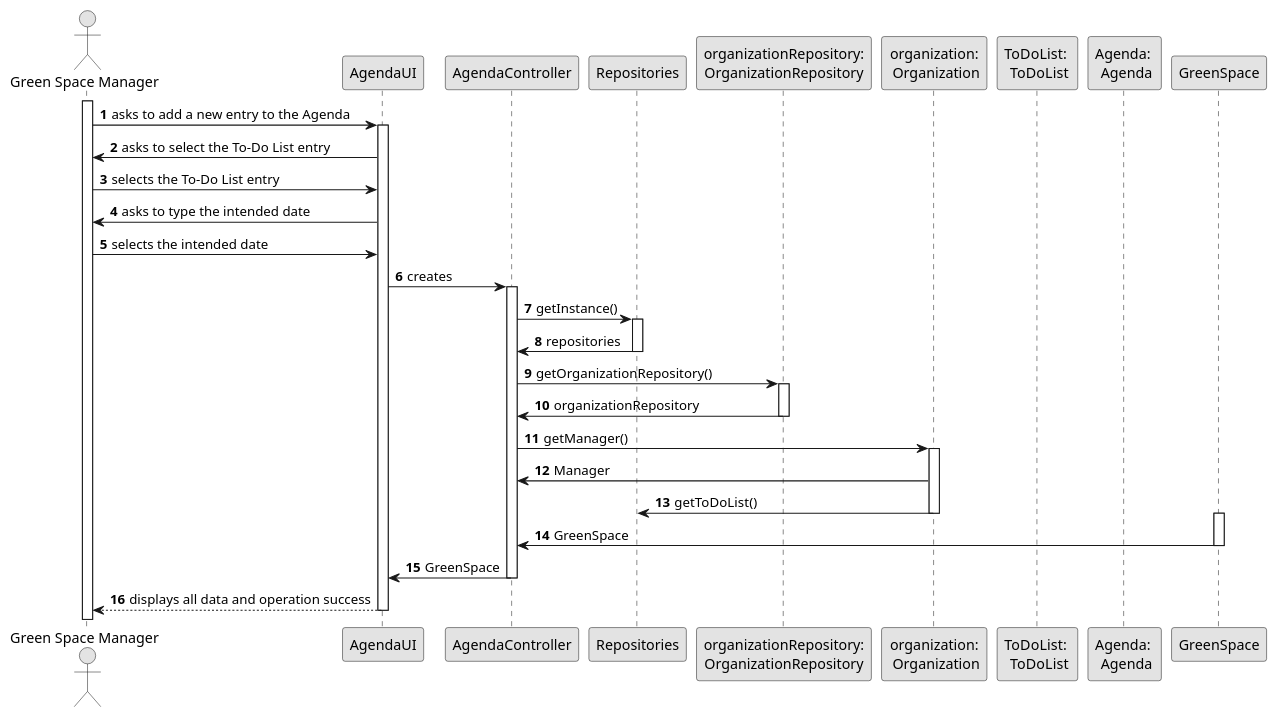
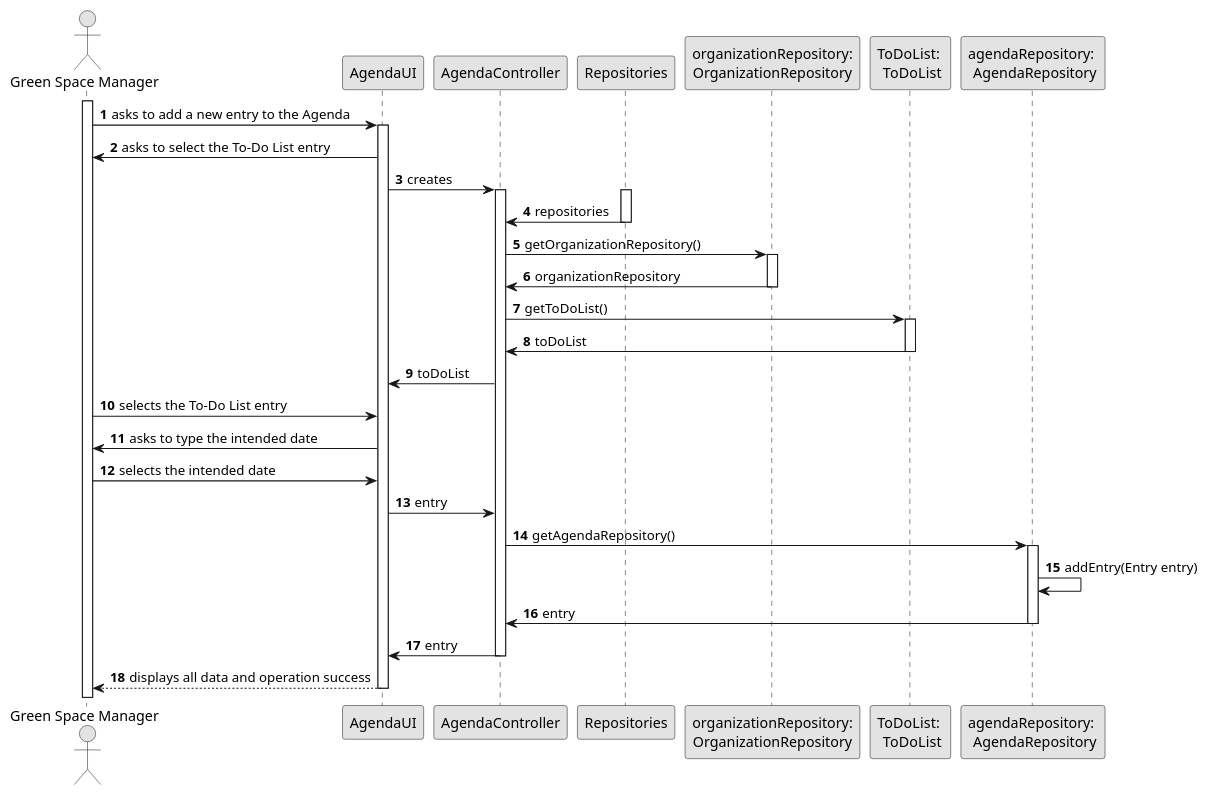
One commit to Departamento-de-Engenharia-Informatica/lei-24-s2-1df-1de-g063 changed the diagram in docs/SprintC/us022/03.design/puml/us022-sequence-diagram-full.puml. Above: the diagram before and after it, drawn with PlantUML. The commit also changed 7 other files, not shown here.

```diff
--- a/docs/SprintC/us022/03.design/puml/us022-sequence-diagram-full.puml
+++ b/docs/SprintC/us022/03.design/puml/us022-sequence-diagram-full.puml
@@ -1,72 +1,71 @@
 @startuml
 skinparam monochrome true
 skinparam packageStyle rectangle
 skinparam shadowing false
 
 autonumber
 
 'hide footbox
 actor "Green Space Manager" as GSM
 participant "AgendaUI" as UI
 participant "AgendaController" as CTRL
 participant "Repositories" as Rep
 participant "organizationRepository:\nOrganizationRepository" as organizationRepository
-participant "organization:\n Organization" as Organization
 participant "ToDoList: \n ToDoList" as TDL
-participant "Agenda: \n Agenda" as Agenda
+participant "agendaRepository: \n AgendaRepository" as Agenda
 
 activate GSM
 
      GSM -> UI : asks to add a new entry to the Agenda
 
      activate UI
 
             UI -> GSM : asks to select the To-Do List entry
-            GSM -> UI : selects the To-Do List entry
-            UI -> GSM : asks to type the intended date
-            GSM -> UI : selects the intended date
             UI -> CTRL : creates
 
      activate CTRL
-
-            CTRL -> Rep : getInstance()
-
      activate Rep
 
-            Rep -> CTRL : repositories
+                      Rep -> CTRL : repositories
 
-     deactivate Rep
+               deactivate Rep
 
-            CTRL -> organizationRepository : getOrganizationRepository()
+                      CTRL -> organizationRepository : getOrganizationRepository()
 
-     activate organizationRepository
+               activate organizationRepository
 
-            organizationRepository -> CTRL : organizationRepository
+                      organizationRepository -> CTRL : organizationRepository
 
-     deactivate organizationRepository
+               deactivate organizationRepository
 
-            CTRL -> Organization : getManager()
+                      CTRL -> TDL : getToDoList()
 
-     activate Organization
+               activate TDL
 
-            Organization -> CTRL : Manager
+                      TDL -> CTRL : toDoList
 
+               deactivate TDL
 
+                      CTRL -> UI : toDoList
+                      GSM -> UI : selects the To-Do List entry
+                      UI -> GSM : asks to type the intended date
+                      GSM -> UI : selects the intended date
+                      UI -> CTRL : entry
+                      CTRL -> Agenda : getAgendaRepository()
+               activate Agenda
 
-            Organization -> Rep : getToDoList()
-     deactivate Organization
+                      Agenda -> Agenda: addEntry(Entry entry)
 
-     activate GreenSpace
+                 Agenda -> CTRL : entry
 
-            GreenSpace -> CTRL : GreenSpace
+          deactivate Agenda
 
-     deactivate GreenSpace
+                 CTRL -> UI : entry
 
-            CTRL -> UI : GreenSpace
-     deactivate CTRL
+          deactivate CTRL
 
+          UI --> GSM : displays all data and operation success
 
-     UI --> GSM : displays all data and operation success
-     deactivate UI
+          deactivate UI
 
 @enduml
```
